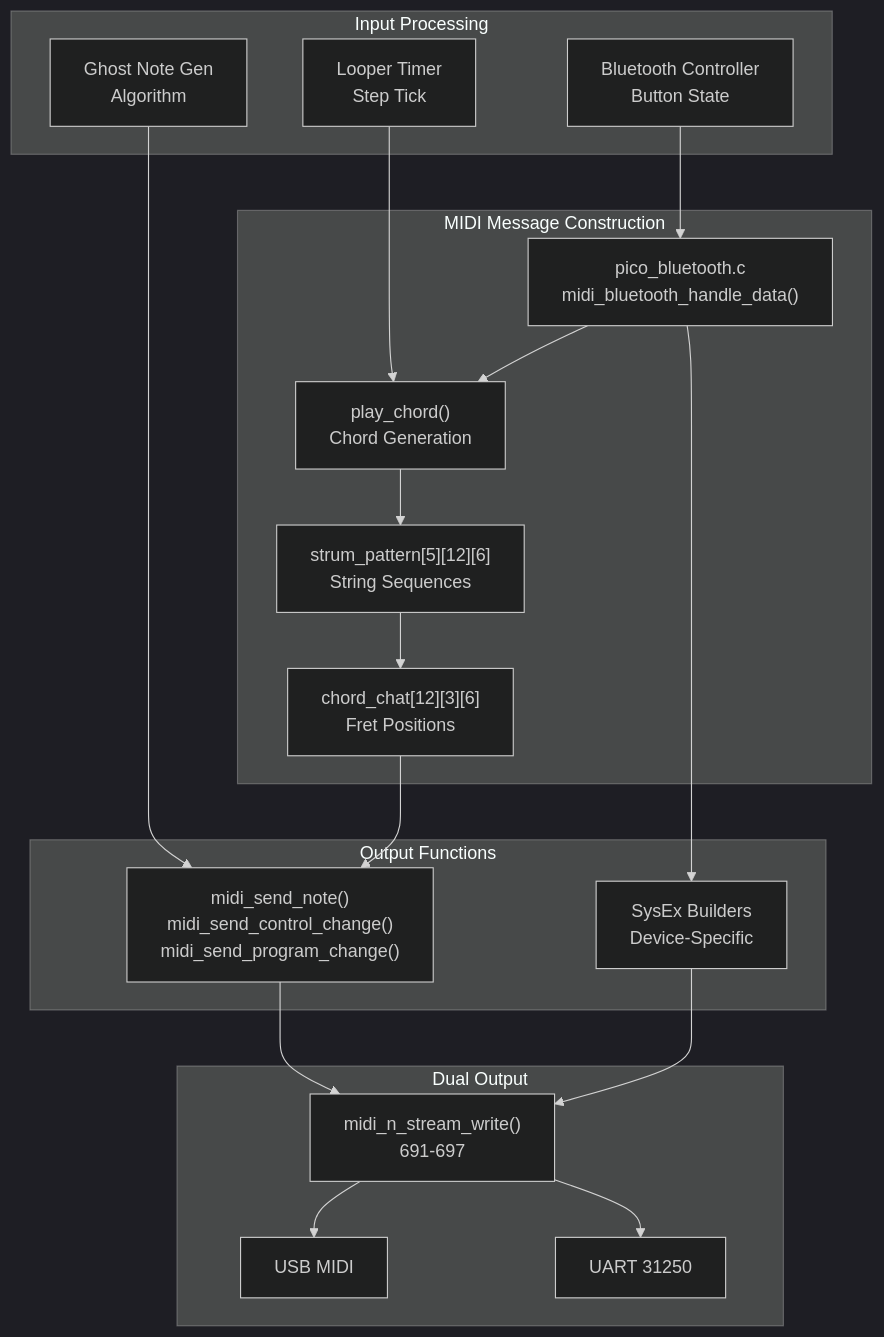
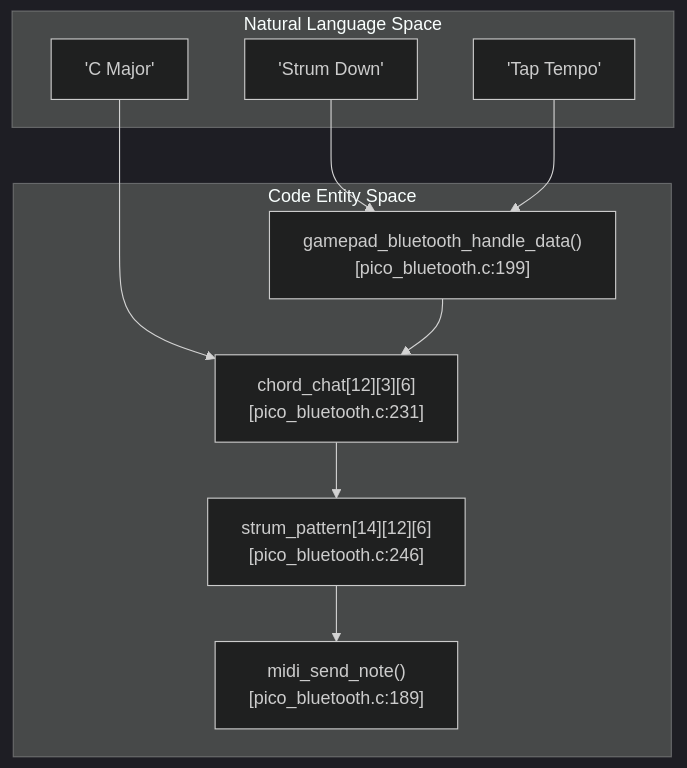
Before and after one commit to Jus-Be/orinayo-pico: the fourth of 4 diagrams in wiki/10.1-midi-implementation-chart.md, drawn with Mermaid (dark theme). The commit also changed other lines of this file and 42 other files, not shown here.

````diff
--- a/wiki/10.1-midi-implementation-chart.md
+++ b/wiki/10.1-midi-implementation-chart.md
@@ -452,53 +244,31 @@
 ```mermaid
 flowchart TD
 
-BT_IN["Bluetooth Controller<br>Button State"]
-LOOP_IN["Looper Timer<br>Step Tick"]
-GHOST_IN["Ghost Note Gen<br>Algorithm"]
-STATE["pico_bluetooth.c<br>midi_bluetooth_handle_data()"]
-CHORD["play_chord()<br>Chord Generation"]
-STRUM["strum_pattern[5][12][6]<br>String Sequences"]
-NOTES["chord_chat[12][3][6]<br>Fret Positions"]
-BUILDER["midi_send_note()<br>midi_send_control_change()<br>midi_send_program_change()"]
-SYSEX["SysEx Builders<br>Device-Specific"]
-STREAM["midi_n_stream_write()<br>691-697"]
-USB["USB MIDI"]
-UART["UART 31250"]
+STRUM["'Strum Down'"]
+CHORD["'C Major'"]
+TEMPO["'Tap Tempo'"]
+BT_DATA["gamepad_bluetooth_handle_data()<br>[pico_bluetooth.c:199]"]
+CHORD_MAP["chord_chat[12][3][6]<br>[pico_bluetooth.c:231]"]
+STRUM_MAP["strum_pattern[14][12][6]<br>[pico_bluetooth.c:246]"]
+MIDI_OUT["midi_send_note()<br>[pico_bluetooth.c:189]"]
 
-BT_IN --> STATE
-LOOP_IN --> CHORD
-GHOST_IN --> BUILDER
-NOTES --> BUILDER
-STATE --> SYSEX
-BUILDER --> STREAM
-SYSEX --> STREAM
+STRUM --> BT_DATA
+CHORD --> CHORD_MAP
+TEMPO --> BT_DATA
 
-subgraph subGraph3 ["Dual Output"]
-    STREAM
-    USB
-    UART
-    STREAM --> USB
-    STREAM --> UART
+subgraph subGraph1 ["Code Entity Space"]
+    BT_DATA
+    CHORD_MAP
+    STRUM_MAP
+    MIDI_OUT
+    BT_DATA --> CHORD_MAP
+    CHORD_MAP --> STRUM_MAP
+    STRUM_MAP --> MIDI_OUT
 end
 
-subgraph subGraph2 ["Output Functions"]
-    BUILDER
-    SYSEX
-end
-
-subgraph subGraph1 ["MIDI Message Construction"]
-    STATE
+subgraph subGraph0 ["Natural Language Space"]
+    STRUM
     CHORD
-    STRUM
-    NOTES
-    STATE --> CHORD
-    CHORD --> STRUM
-    STRUM --> NOTES
-end
-
-subgraph subGraph0 ["Input Processing"]
-    BT_IN
-    LOOP_IN
-    GHOST_IN
+    TEMPO
 end
 ```
````
